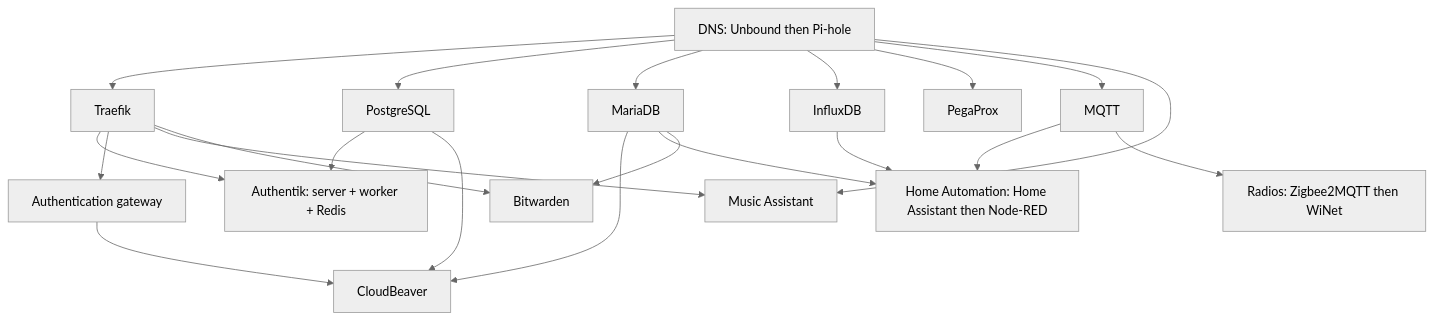
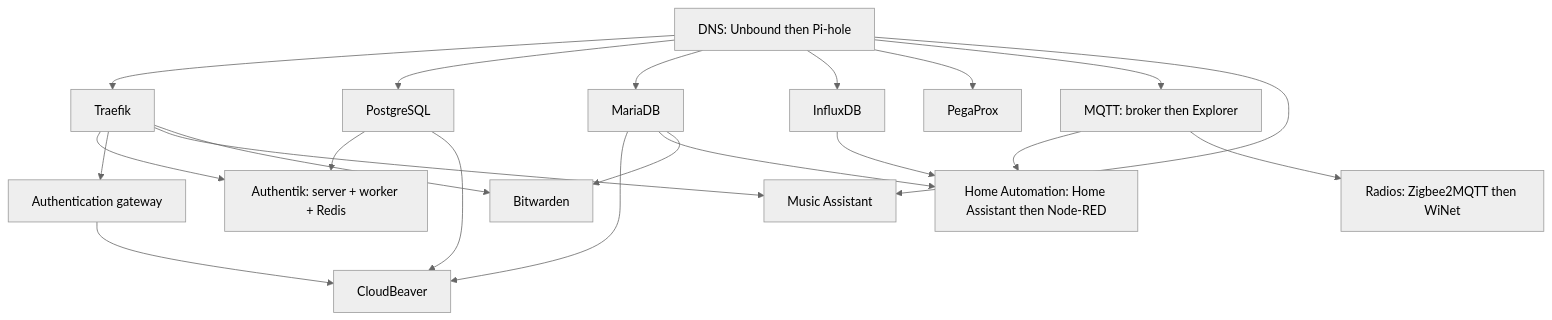
One commit to theaussiepom/homelab-stack changed the diagram in README.md. Above: the diagram before and after it, drawn with Mermaid (neutral theme). The commit also changed other lines of this file and 35 other files, not shown here.

Commit message:
Compose MQTT Explorer and dedicated database administration

````diff
--- a/README.md
+++ b/README.md
@@ -12,23 +12,23 @@
 ```mermaid
 flowchart TD
   DNS[DNS: Unbound then Pi-hole] --> Ingress[Traefik]
   DNS --> PG[PostgreSQL]
   DNS --> Maria[MariaDB]
   DNS --> Influx[InfluxDB]
   DNS --> Pega[PegaProx]
   PG --> Auth[Authentik: server + worker + Redis]
   Ingress --> Auth
   PG --> Admin[CloudBeaver]
   Maria --> Admin
   Ingress --> Gateway[Authentication gateway]
   Gateway --> Admin
-  DNS --> Broker[MQTT]
+  DNS --> Broker[MQTT: broker then Explorer]
   Broker --> Auto[Home Automation: Home Assistant then Node-RED]
   Maria --> Auto
   Influx --> Auto
   Broker --> Radio[Radios: Zigbee2MQTT then WiNet]
   DNS --> Music[Music Assistant]
   Ingress --> Music
   Maria --> Vault[Bitwarden]
   Ingress --> Vault
 ```
````
